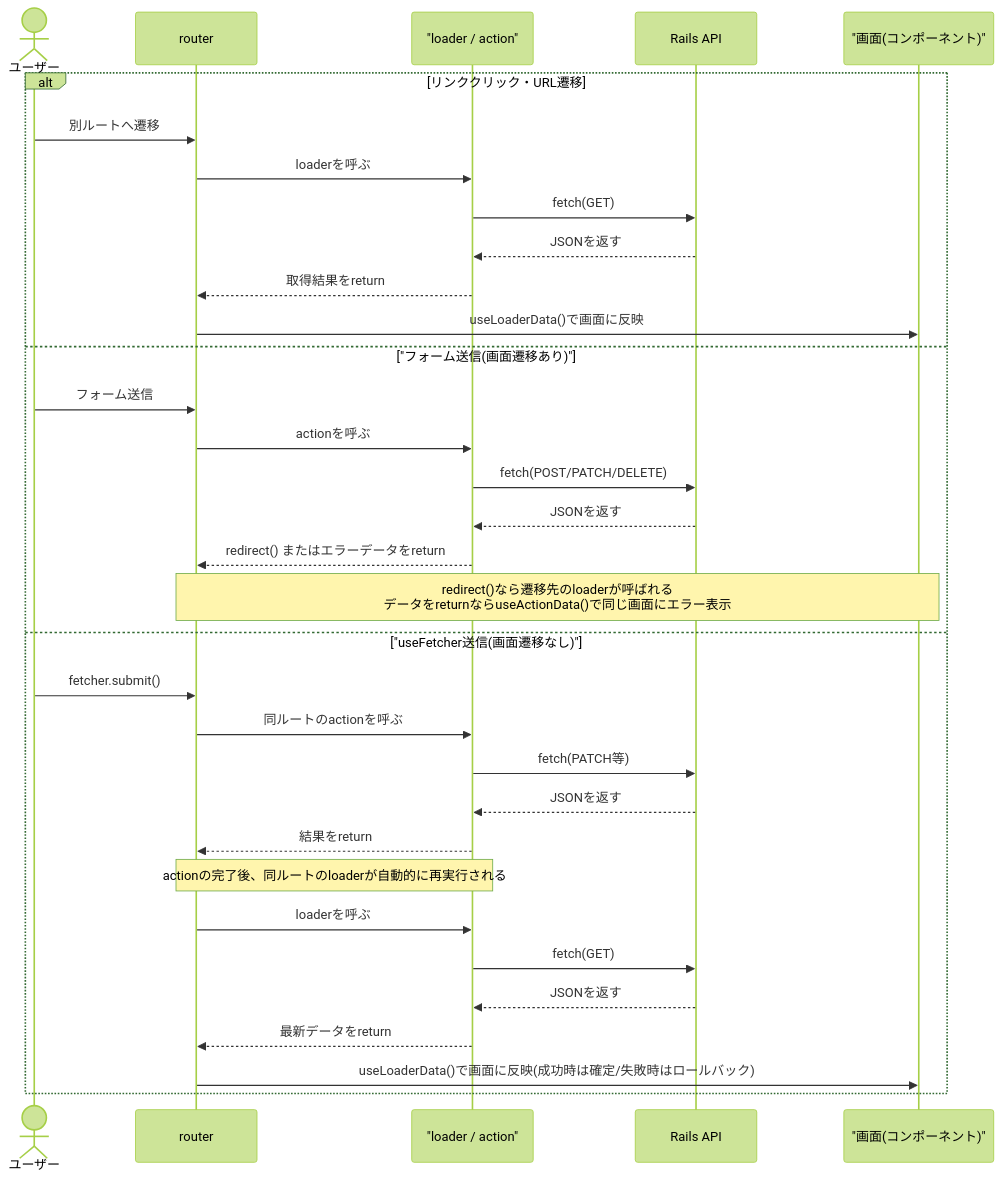
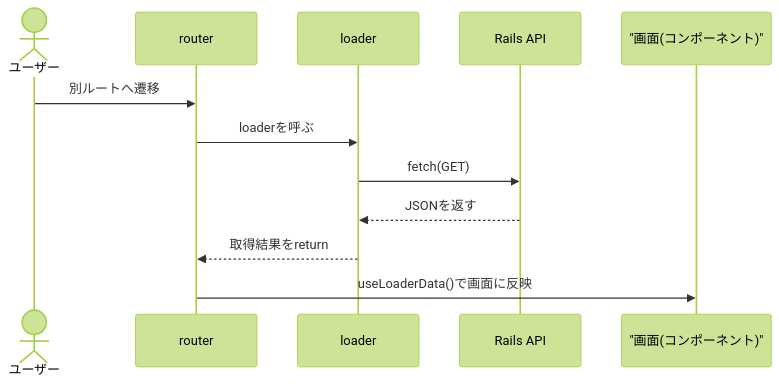
Before and after one commit to to0526/rr8-rails-poc: the first of 7 diagrams in docs/frontend-guide-for-rails-engineers.md, drawn with Mermaid (forest theme). The commit also changed other lines of this file, not shown here.

First line of the commit message:
docs: frontend-guide-for-rails-engineers.mdをリリース段階別に並び替え

````diff
--- a/docs/frontend-guide-for-rails-engineers.md
+++ b/docs/frontend-guide-for-rails-engineers.md
@@ -65,36 +66,15 @@
 ```mermaid
 sequenceDiagram
     actor User as ユーザー
     participant RR as router
-    participant Handler as "loader / action"
+    participant Loader as loader
     participant Rails as Rails API
     participant View as "画面(コンポーネント)"
 
-    alt リンククリック・URL遷移
-        User->>RR: 別ルートへ遷移
-        RR->>Handler: loaderを呼ぶ
-        Handler->>Rails: fetch(GET)
-        Rails-->>Handler: JSONを返す
-        Handler-->>RR: 取得結果をreturn
-        RR->>View: useLoaderData()で画面に反映
-    else "フォーム送信(画面遷移あり)"
-        User->>RR: フォーム送信
-        RR->>Handler: actionを呼ぶ
-        Handler->>Rails: fetch(POST/PATCH/DELETE)
-        Rails-->>Handler: JSONを返す
-        Handler-->>RR: redirect() またはエラーデータをreturn
-        Note over RR,View: redirect()なら遷移先のloaderが呼ばれる<br/>データをreturnならuseActionData()で同じ画面にエラー表示
-    else "useFetcher送信(画面遷移なし)"
-        User->>RR: fetcher.submit()
-        RR->>Handler: 同ルートのactionを呼ぶ
-        Handler->>Rails: fetch(PATCH等)
-        Rails-->>Handler: JSONを返す
-        Handler-->>RR: 結果をreturn
-        Note over RR,Handler: actionの完了後、同ルートのloaderが自動的に再実行される
-        RR->>Handler: loaderを呼ぶ
-        Handler->>Rails: fetch(GET)
-        Rails-->>Handler: JSONを返す
-        Handler-->>RR: 最新データをreturn
-        RR->>View: useLoaderData()で画面に反映(成功時は確定/失敗時はロールバック)
-    end
+    User->>RR: 別ルートへ遷移
+    RR->>Loader: loaderを呼ぶ
+    Loader->>Rails: fetch(GET)
+    Rails-->>Loader: JSONを返す
+    Loader-->>RR: 取得結果をreturn
+    RR->>View: useLoaderData()で画面に反映
 ```
````
